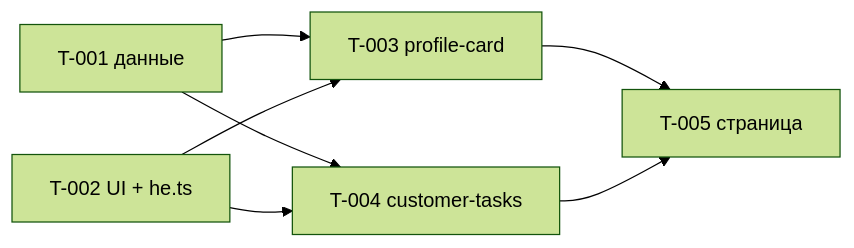
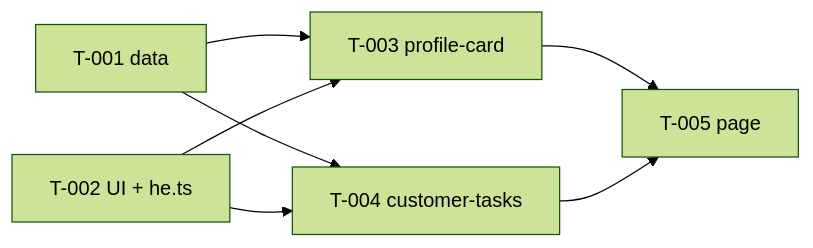
The diagram in workshop/golden/SPEC-002-customer-profile/tasks.md (pacientk/CourseMenoraDevSDD), drawn with Mermaid (forest theme) before and after one commit. The commit also changed other lines of this file and 83 other files, not shown here.

````diff
--- a/workshop/golden/SPEC-002-customer-profile/tasks.md
+++ b/workshop/golden/SPEC-002-customer-profile/tasks.md
@@ -25,9 +25,9 @@
 ```mermaid
 flowchart LR
-    T001[T-001 данные] --> T003[T-003 profile-card]
+    T001[T-001 data] --> T003[T-003 profile-card]
     T001 --> T004[T-004 customer-tasks]
     T002[T-002 UI + he.ts] --> T003
     T002 --> T004
-    T003 --> T005[T-005 страница]
+    T003 --> T005[T-005 page]
     T004 --> T005
 ```
````
